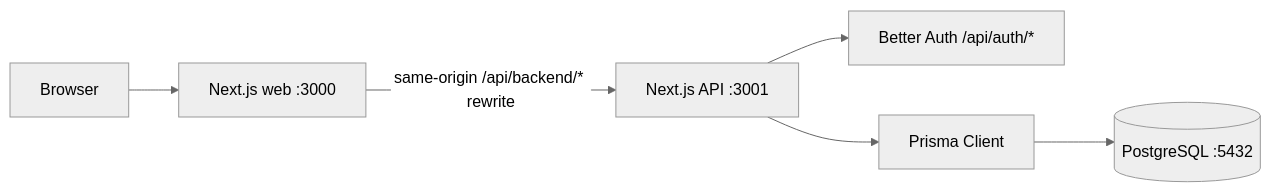
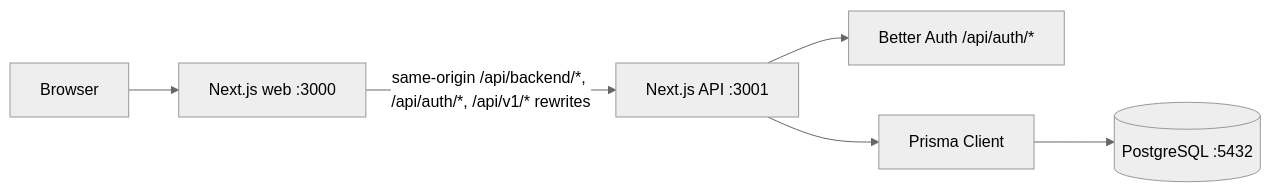
Before and after one commit to szusznorbert/family_finance: the diagram in docs/architecture.md, drawn with Mermaid (neutral theme). The commit also changed other lines of this file and 18 other files, not shown here.

Commit message:
feat(auth): [EPIC-02-T01] implement account access and session flow

````diff
--- a/docs/architecture.md
+++ b/docs/architecture.md
@@ -36,8 +36,8 @@
 ```mermaid
 flowchart LR
     Browser[Browser] --> Web[Next.js web :3000]
-    Web -- same-origin /api/backend/* rewrite --> API[Next.js API :3001]
+    Web -- same-origin /api/backend/*, /api/auth/*, /api/v1/* rewrites --> API[Next.js API :3001]
     API --> Auth[Better Auth /api/auth/*]
     API --> Prisma[Prisma Client]
     Prisma --> DB[(PostgreSQL :5432)]
 ```
````
